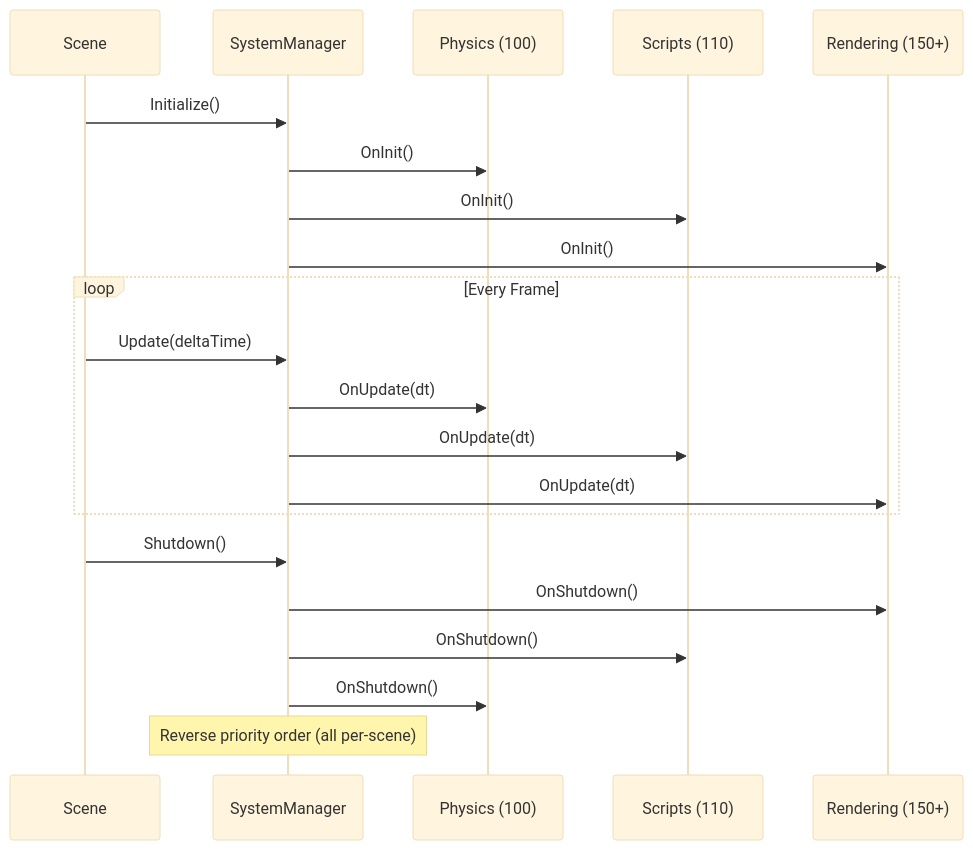
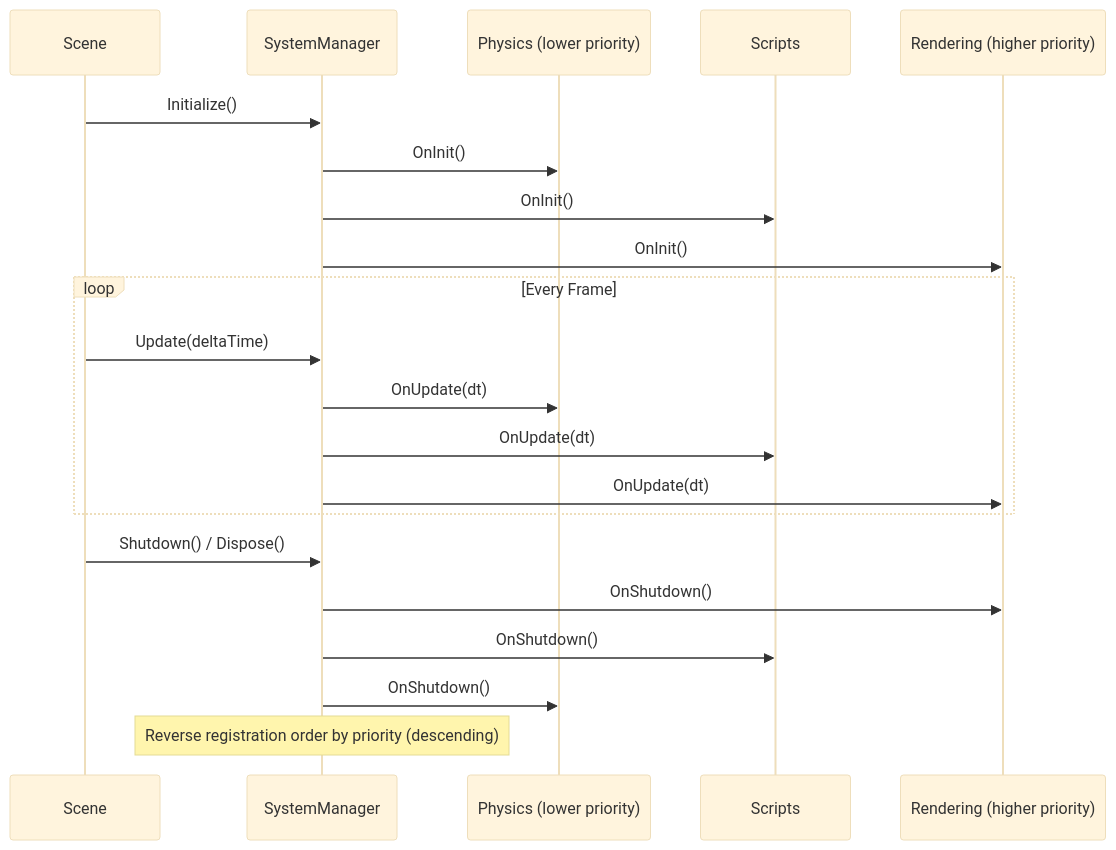
Before and after one commit to kateusz/GameEngine: the fourth of 5 diagrams in docs/architecture/ecs-architecture.md, drawn with Mermaid (base theme). The commit also changed other lines of this file and 32 other files, not shown here.

````diff
--- a/docs/architecture/ecs-architecture.md
+++ b/docs/architecture/ecs-architecture.md
@@ -188,26 +190,26 @@
 ```mermaid
 sequenceDiagram
     participant Scene
     participant SM as SystemManager
-    participant S1 as Physics (100)
-    participant S2 as Scripts (110)
-    participant S3 as Rendering (150+)
+    participant S1 as Physics (lower priority)
+    participant S2 as Scripts
+    participant S3 as Rendering (higher priority)
 
     Scene->>SM: Initialize()
     SM->>S1: OnInit()
     SM->>S2: OnInit()
     SM->>S3: OnInit()
 
     loop Every Frame
         Scene->>SM: Update(deltaTime)
         SM->>S1: OnUpdate(dt)
         SM->>S2: OnUpdate(dt)
         SM->>S3: OnUpdate(dt)
     end
 
-    Scene->>SM: Shutdown()
+    Scene->>SM: Shutdown() / Dispose()
     SM->>S3: OnShutdown()
     SM->>S2: OnShutdown()
     SM->>S1: OnShutdown()
-    Note over SM: Reverse priority order (all per-scene)
+    Note over SM: Reverse registration order by priority (descending)
 ```
````
